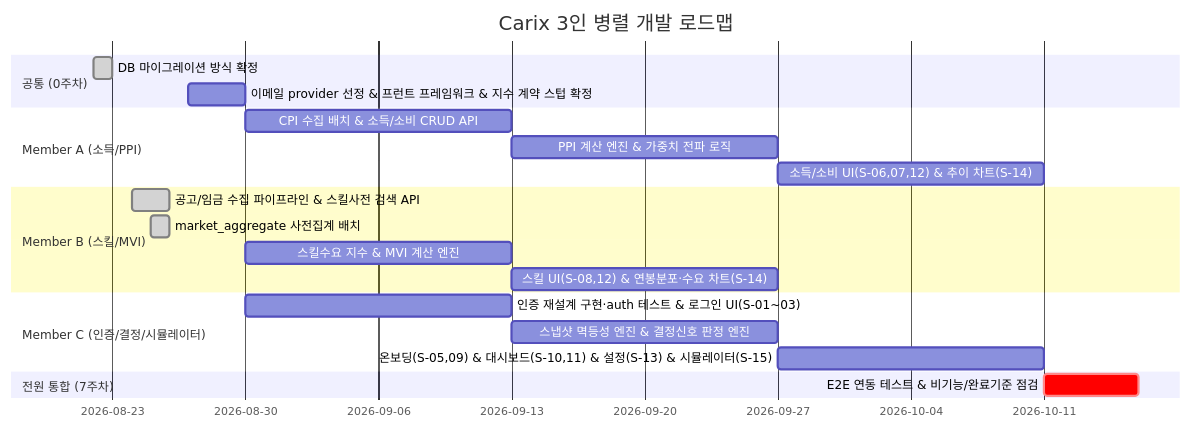
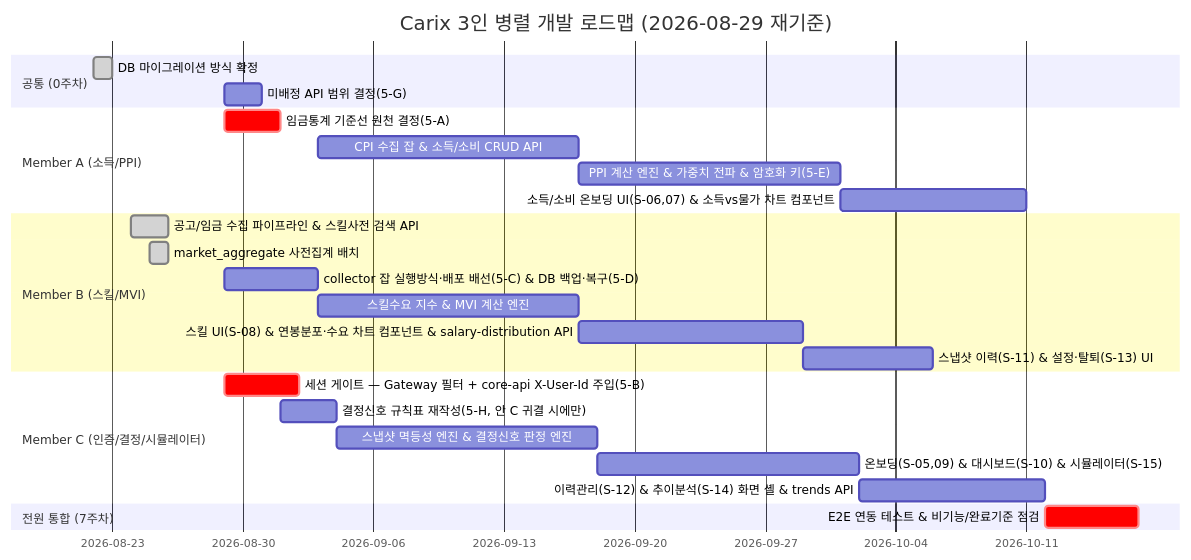
Before and after one commit to SeoHyeokGyu/Carix: the first of 2 diagrams in docs/plans/carix-dev-plan.md, drawn with Mermaid. The commit also changed other lines of this file and 3 other files, not shown here.

````diff
--- a/docs/plans/carix-dev-plan.md
+++ b/docs/plans/carix-dev-plan.md
@@ -96,23 +136,28 @@
 ```mermaid
 gantt
-    title Carix 3인 병렬 개발 로드맵
+    title Carix 3인 병렬 개발 로드맵 (2026-08-29 재기준)
     dateFormat  YYYY-MM-DD
     section 공통 (0주차)
     DB 마이그레이션 방식 확정 :done, c0a, 2026-08-22, 1d
-    이메일 provider 선정 & 프런트 프레임워크 & 지수 계약 스텁 확정 :c0, 2026-08-27, 3d
+    미배정 API 범위 결정(5-G) :c0, 2026-08-29, 2d
     section Member A (소득/PPI)
-    CPI 수집 배치 & 소득/소비 CRUD API :a1, after c0, 14d
-    PPI 계산 엔진 & 가중치 전파 로직 :a2, after a1, 14d
-    소득/소비 UI(S-06,07,12) & 추이 차트(S-14) :a3, after a2, 14d
+    임금통계 기준선 원천 결정(5-A) :crit, a0, 2026-08-29, 3d
+    CPI 수집 잡 & 소득/소비 CRUD API :a1, after b0, 14d
+    PPI 계산 엔진 & 가중치 전파 & 암호화 키(5-E) :a2, after a1, 14d
+    소득/소비 온보딩 UI(S-06,07) & 소득vs물가 차트 컴포넌트 :a3, after a2, 10d
     section Member B (스킬/MVI)
     공고/임금 수집 파이프라인 & 스킬사전 검색 API :done, b1, 2026-08-24, 2d
     market_aggregate 사전집계 배치 :done, b2a, 2026-08-25, 1d
-    스킬수요 지수 & MVI 계산 엔진 :b2, after c0, 14d
-    스킬 UI(S-08,12) & 연봉분포·수요 차트(S-14) :b3, after b2, 14d
+    collector 잡 실행방식·배포 배선(5-C) & DB 백업·복구(5-D) :b0, 2026-08-29, 5d
+    스킬수요 지수 & MVI 계산 엔진 :b2, after b0 a0, 14d
+    스킬 UI(S-08) & 연봉분포·수요 차트 컴포넌트 & salary-distribution API :b3, after b2, 12d
+    스냅샷 이력(S-11) & 설정·탈퇴(S-13) UI :b4, after b3, 7d
     section Member C (인증/결정/시뮬레이터)
-    인증 재설계 구현·auth 테스트 & 로그인 UI(S-01~03) :c1, after c0, 14d
-    스냅샷 멱등성 엔진 & 결정신호 판정 엔진 :c2, after c1, 14d
-    온보딩(S-05,09) & 대시보드(S-10,11) & 설정(S-13) & 시뮬레이터(S-15) :c3, after c2, 14d
+    세션 게이트 — Gateway 필터 + core-api X-User-Id 주입(5-B) :crit, c0b, 2026-08-29, 4d
+    결정신호 규칙표 재작성(5-H, 안 C 귀결 시에만) :h1, after a0, 3d
+    스냅샷 멱등성 엔진 & 결정신호 판정 엔진 :c2, after c0b h1, 14d
+    온보딩(S-05,09) & 대시보드(S-10) & 시뮬레이터(S-15) :c3, after c2, 14d
+    이력관리(S-12) & 추이분석(S-14) 화면 셸 & trends API :c4, after c3, 10d
     section 전원 통합 (7주차)
-    E2E 연동 테스트 & 비기능/완료기준 점검 :crit, e2e, after c3, 5d
+    E2E 연동 테스트 & 비기능/완료기준 점검 :crit, e2e, after a3 b4 c4, 5d
 ```
````
